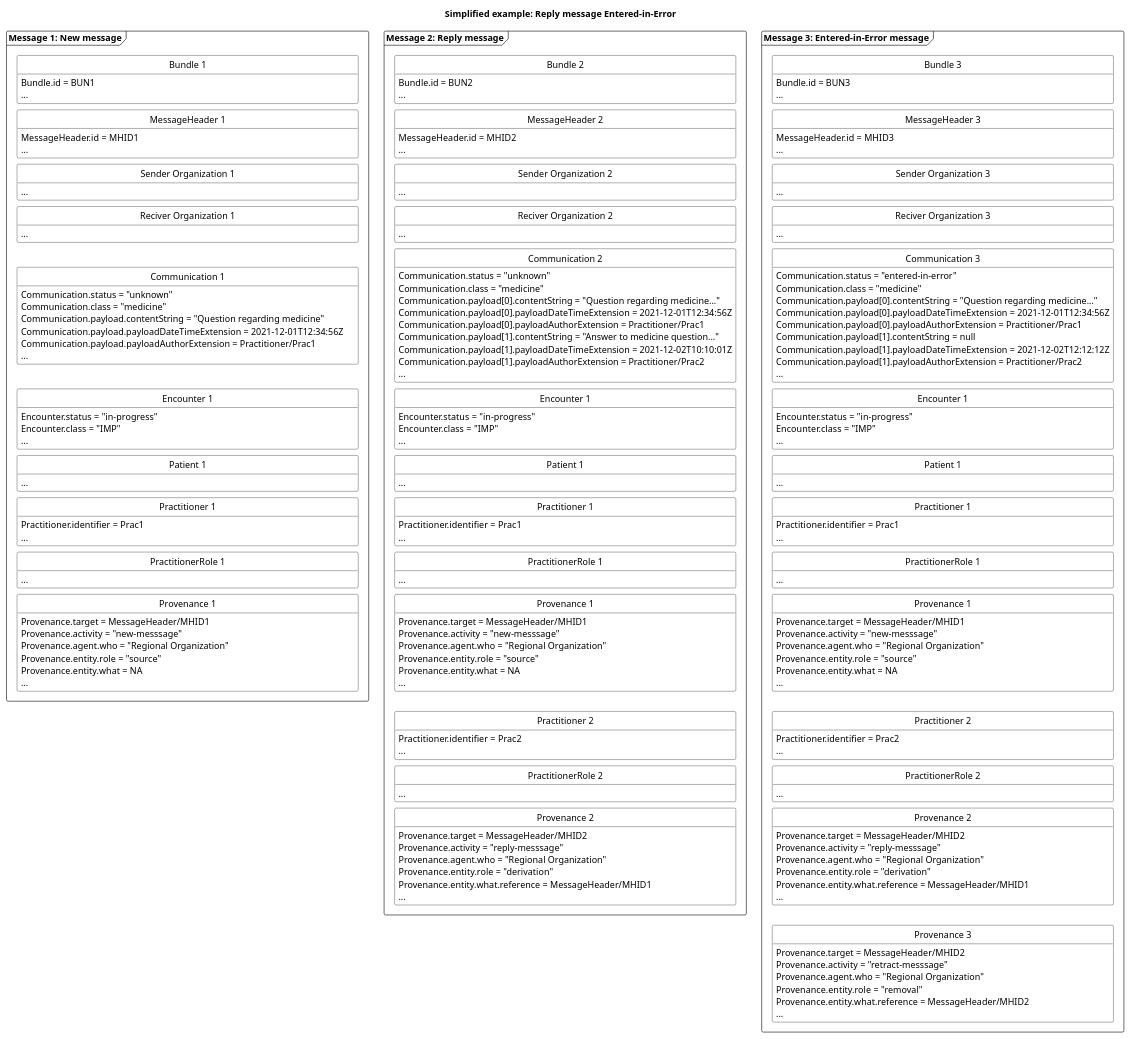
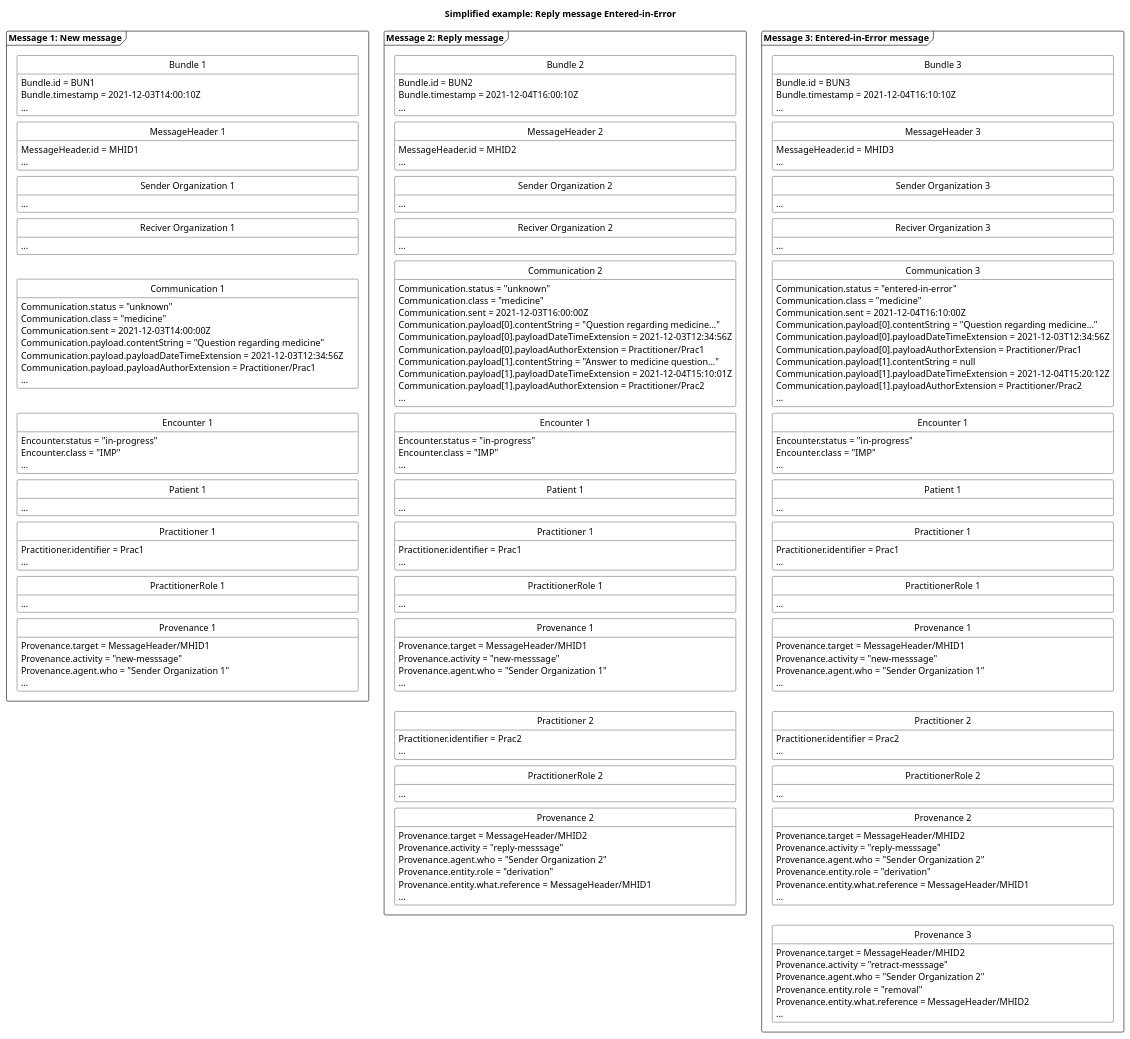
Before and after one commit to medcomdk/dk-medcom-carecommunication: the diagram in puml/CareCommunicationReplyMessageEnteredInError.puml, drawn with PlantUML. The commit also changed 30 other files, not shown here.

```diff
--- a/puml/CareCommunicationReplyMessageEnteredInError.puml
+++ b/puml/CareCommunicationReplyMessageEnteredInError.puml
@@ -19,6 +19,7 @@
 package "Message 1: New message" as new <<Frame>>{
     class "Bundle 1" as newB {
         Bundle.id = BUN1
+        Bundle.timestamp = 2021-12-03T14:00:10Z
         ...
     }
     class "MessageHeader 1" as newMH{
@@ -34,8 +35,9 @@
     class "Communication 1" as newCom{
         Communication.status = "unknown"
         Communication.class = "medicine"
+        Communication.sent = 2021-12-03T14:00:00Z
         Communication.payload.contentString = "Question regarding medicine"
-        Communication.payload.payloadDateTimeExtension = 2021-12-01T12:34:56Z
+        Communication.payload.payloadDateTimeExtension = 2021-12-03T12:34:56Z
         Communication.payload.payloadAuthorExtension = Practitioner/Prac1
         ...
     }
@@ -57,9 +59,7 @@
     class "Provenance 1" as newPRO{
         Provenance.target = MessageHeader/MHID1
         Provenance.activity = "new-messsage"
-        Provenance.agent.who = "Regional Organization"
-        Provenance.entity.role = "source"
-        Provenance.entity.what = NA
+        Provenance.agent.who = "Sender Organization 1"
         ...
     }
 
@@ -81,6 +81,7 @@
 package "Message 2: Reply message" as reply <<Frame>>{
     class "Bundle 2" as replyB {
         Bundle.id = BUN2
+        Bundle.timestamp = 2021-12-04T16:00:10Z
         ...
     }
     class "MessageHeader 2" as replyMH{
@@ -96,11 +97,12 @@
     class "Communication 2" as newreplyCom{
         Communication.status = "unknown"
         Communication.class = "medicine"
+        Communication.sent = 2021-12-03T16:00:00Z
         Communication.payload[0].contentString = "Question regarding medicine..."
-        Communication.payload[0].payloadDateTimeExtension = 2021-12-01T12:34:56Z
+        Communication.payload[0].payloadDateTimeExtension = 2021-12-03T12:34:56Z
         Communication.payload[0].payloadAuthorExtension = Practitioner/Prac1
         Communication.payload[1].contentString = "Answer to medicine question..."
-        Communication.payload[1].payloadDateTimeExtension = 2021-12-02T10:10:01Z
+        Communication.payload[1].payloadDateTimeExtension = 2021-12-04T15:10:01Z
         Communication.payload[1].payloadAuthorExtension = Practitioner/Prac2
         ...
     }
@@ -122,9 +124,7 @@
     class "Provenance 1" as newreplyPRO{
         Provenance.target = MessageHeader/MHID1
         Provenance.activity = "new-messsage"
-        Provenance.agent.who = "Regional Organization"
-        Provenance.entity.role = "source"
-        Provenance.entity.what = NA
+        Provenance.agent.who = "Sender Organization 1"
         ...
     }
     class "Practitioner 2" as replyPrac{
@@ -137,7 +137,7 @@
     class "Provenance 2" as replyPRO{
         Provenance.target = MessageHeader/MHID2
         Provenance.activity = "reply-messsage"
-        Provenance.agent.who = "Regional Organization"
+        Provenance.agent.who = "Sender Organization 2"
         Provenance.entity.role = "derivation"
         Provenance.entity.what.reference = MessageHeader/MHID1
         ...
@@ -161,6 +161,7 @@
 package "Message 3: Entered-in-Error message" as error <<Frame>>{
     class "Bundle 3" as errorB {
         Bundle.id = BUN3
+        Bundle.timestamp = 2021-12-04T16:10:10Z
         ...
     }
     class "MessageHeader 3" as errorMH{
@@ -176,11 +177,12 @@
     class "Communication 3" as newerrorCom{
         Communication.status = "entered-in-error"
         Communication.class = "medicine"
+        Communication.sent = 2021-12-04T16:10:00Z
         Communication.payload[0].contentString = "Question regarding medicine..."
-        Communication.payload[0].payloadDateTimeExtension = 2021-12-01T12:34:56Z
+        Communication.payload[0].payloadDateTimeExtension = 2021-12-03T12:34:56Z
         Communication.payload[0].payloadAuthorExtension = Practitioner/Prac1
         Communication.payload[1].contentString = null
-        Communication.payload[1].payloadDateTimeExtension = 2021-12-02T12:12:12Z
+        Communication.payload[1].payloadDateTimeExtension = 2021-12-04T15:20:12Z
         Communication.payload[1].payloadAuthorExtension = Practitioner/Prac2
         ...
     }
@@ -202,9 +204,7 @@
     class "Provenance 1" as newerrorPRO{
         Provenance.target = MessageHeader/MHID1
         Provenance.activity = "new-messsage"
-        Provenance.agent.who = "Regional Organization"
-        Provenance.entity.role = "source"
-        Provenance.entity.what = NA
+        Provenance.agent.who = "Sender Organization 1"
         ...
     }
     class "Practitioner 2" as replyerrorPrac{
@@ -217,7 +217,7 @@
     class "Provenance 2" as replyerrorPRO{
         Provenance.target = MessageHeader/MHID2
         Provenance.activity = "reply-messsage"
-        Provenance.agent.who = "Regional Organization"
+        Provenance.agent.who = "Sender Organization 2"
         Provenance.entity.role = "derivation"
         Provenance.entity.what.reference = MessageHeader/MHID1
         ...
@@ -225,7 +225,7 @@
     class "Provenance 3" as errorPRO{
         Provenance.target = MessageHeader/MHID2
         Provenance.activity = "retract-messsage"
-        Provenance.agent.who = "Regional Organization"
+        Provenance.agent.who = "Sender Organization 2"
         Provenance.entity.role = "removal"
         Provenance.entity.what.reference = MessageHeader/MHID2
         ...
```
